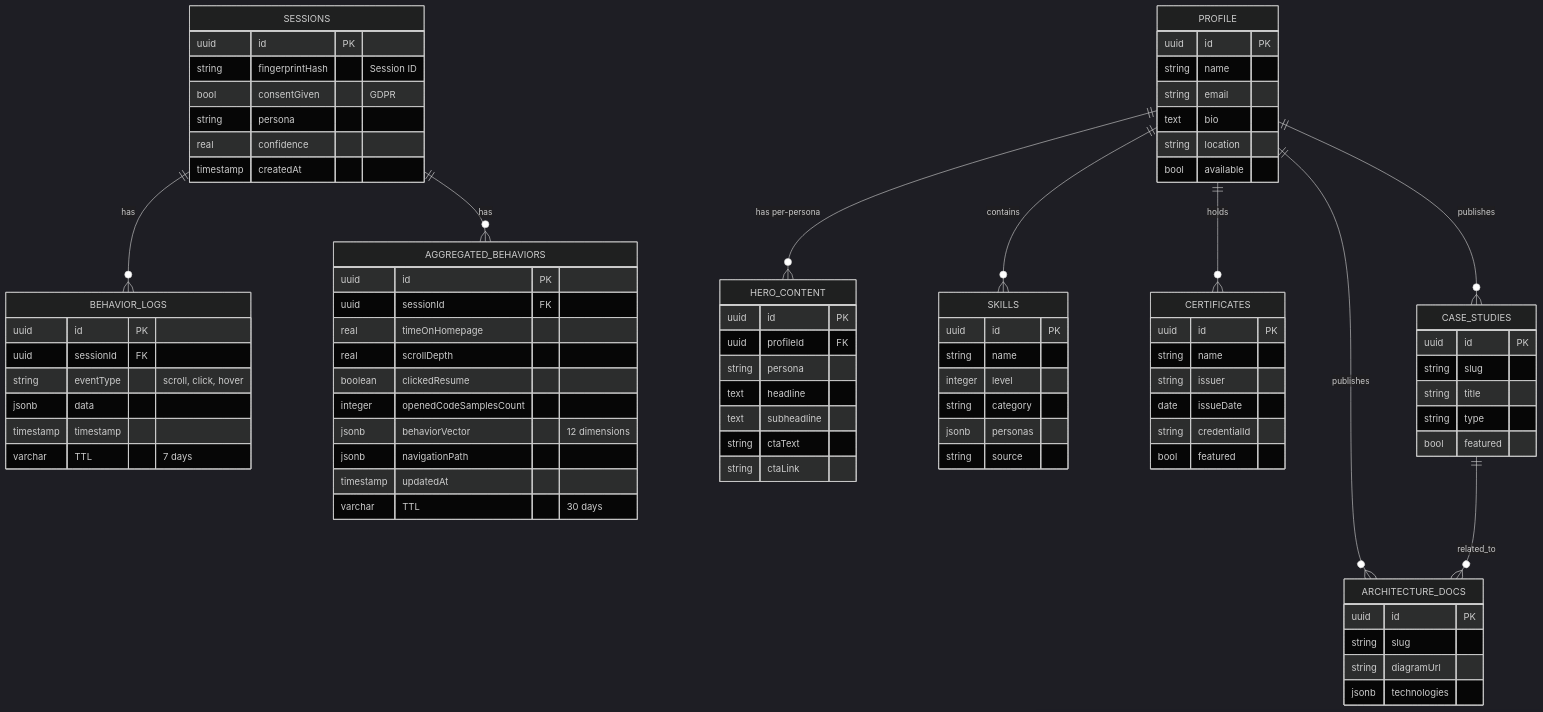
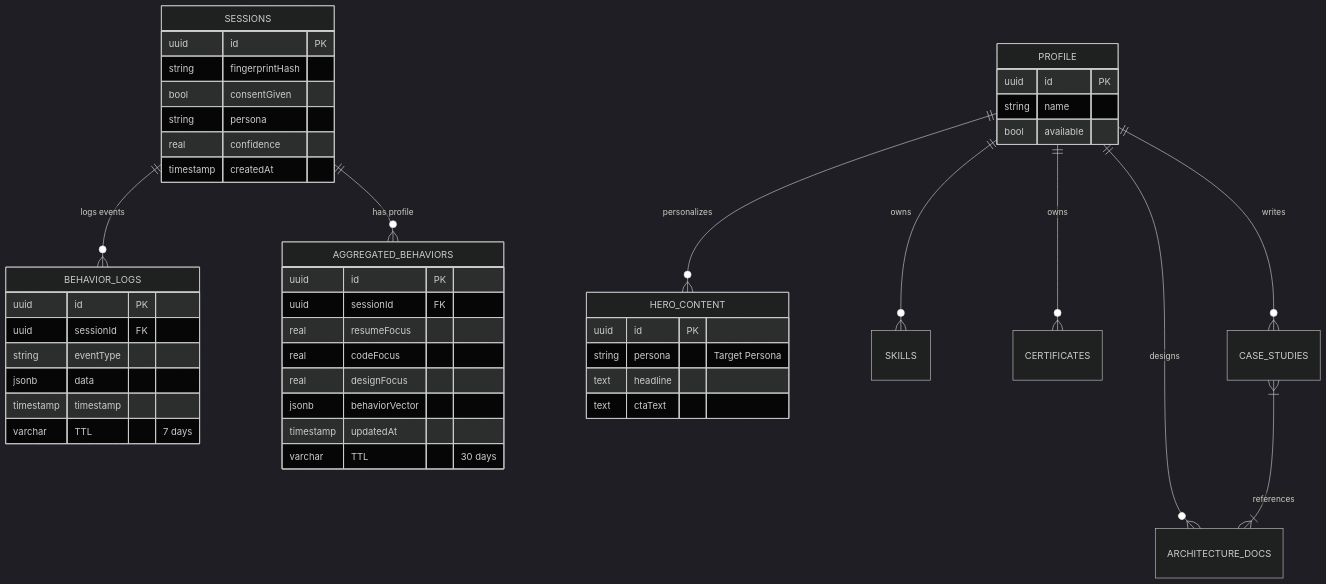
Before and after one commit to x-TheFox/portfolio: the seventh of 8 diagrams in docs/architecture.md, drawn with Mermaid (dark theme). The commit also changed other lines of this file, not shown here.

First line of the commit message:
Revise architecture documentation with new diagrams

````diff
--- a/docs/architecture.md
+++ b/docs/architecture.md
@@ -296,18 +241,22 @@
 ```mermaid
 erDiagram
-    SESSIONS ||--o{ BEHAVIOR_LOGS : has
-    SESSIONS ||--o{ AGGREGATED_BEHAVIORS : has
-    PROFILE ||--o{ HERO_CONTENT : "has per-persona"
-    PROFILE ||--o{ SKILLS : contains
-    PROFILE ||--o{ CERTIFICATES : holds
-    PROFILE ||--o{ CASE_STUDIES : publishes
-    PROFILE ||--o{ ARCHITECTURE_DOCS : publishes
-    CASE_STUDIES ||--o{ ARCHITECTURE_DOCS : "related_to"
+    %% Core Analytics
+    SESSIONS ||--o{ BEHAVIOR_LOGS : "logs events"
+    SESSIONS ||--o{ AGGREGATED_BEHAVIORS : "has profile"
+    
+    %% CMS Content
+    PROFILE ||--o{ HERO_CONTENT : "personalizes"
+    PROFILE ||--o{ SKILLS : owns
+    PROFILE ||--o{ CERTIFICATES : owns
+    PROFILE ||--o{ CASE_STUDIES : writes
+    PROFILE ||--o{ ARCHITECTURE_DOCS : designs
+    
+    CASE_STUDIES }|--|{ ARCHITECTURE_DOCS : references
 
     SESSIONS {
         uuid id PK
-        string fingerprintHash "Session ID"
-        bool consentGiven "GDPR"
+        string fingerprintHash
+        bool consentGiven
         string persona
         real confidence
         timestamp createdAt
@@ -316,7 +265,7 @@
     BEHAVIOR_LOGS {
         uuid id PK
         uuid sessionId FK
-        string eventType "scroll, click, hover"
+        string eventType
         jsonb data
         timestamp timestamp
         varchar TTL "7 days"
@@ -325,12 +274,10 @@
     AGGREGATED_BEHAVIORS {
         uuid id PK
         uuid sessionId FK
-        real timeOnHomepage
-        real scrollDepth
-        boolean clickedResume
-        integer openedCodeSamplesCount
-        jsonb behaviorVector "12 dimensions"
-        jsonb navigationPath
+        real resumeFocus
+        real codeFocus
+        real designFocus
+        jsonb behaviorVector
         timestamp updatedAt
         varchar TTL "30 days"
     }
@@ -338,52 +285,13 @@
     PROFILE {
         uuid id PK
         string name
-        string email
-        text bio
-        string location
         bool available
     }
 
     HERO_CONTENT {
         uuid id PK
-        uuid profileId FK
-        string persona
+        string persona "Target Persona"
         text headline
-        text subheadline
-        string ctaText
-        string ctaLink
-    }
-
-    SKILLS {
-        uuid id PK
-        string name
-        integer level
-        string category
-        jsonb personas
-        string source
-    }
-
-    CERTIFICATES {
-        uuid id PK
-        string name
-        string issuer
-        date issueDate
-        string credentialId
-        bool featured
-    }
-
-    CASE_STUDIES {
-        uuid id PK
-        string slug
-        string title
-        string type
-        bool featured
-    }
-
-    ARCHITECTURE_DOCS {
-        uuid id PK
-        string slug
-        string diagramUrl
-        jsonb technologies
+        text ctaText
     }
 ```
````
